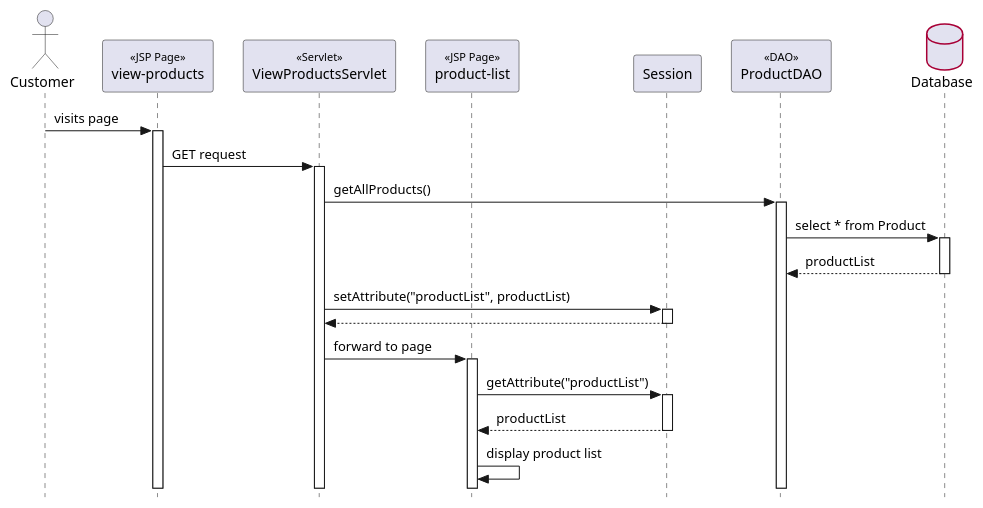
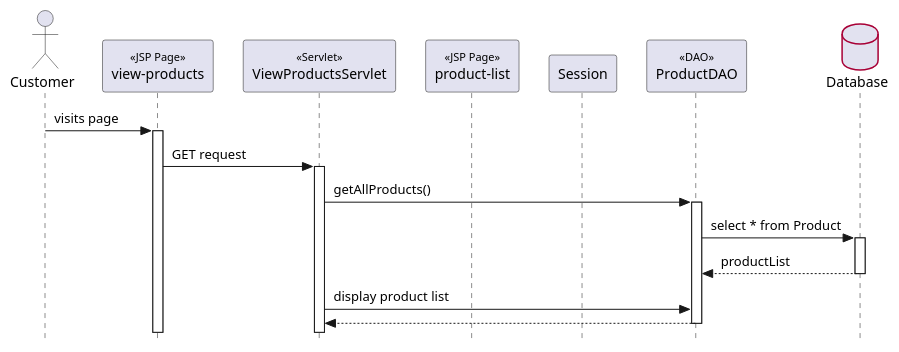
Before and after one commit to yosyu218/Database-Web: the diagram in ViewProduct.puml, drawn with PlantUML. The commit also changed 28 other files, not shown here.

```diff
--- a/ViewProduct.puml
+++ b/ViewProduct.puml
@@ -1,51 +1,52 @@
 @startuml ViewProducts
 
 ' === Style Tweaks ===
 
 skinparam {
   Style StrictUML
   RoundCorner 5
   ParticipantPadding 10
   Padding 2
   SequenceStereotype {
     Font {
       Size 11
       Style plain
     }
   }
   Database {
     BorderColor #A80036
   }
 }
 
 ' === Actors / Participants
 
 actor "Customer" as user
 participant "view-products" as viewPage << JSP Page >>
 participant "ViewProductsServlet" as viewServlet <<Servlet>>
 participant "product-list" as productList << JSP Page >>
 participant "Session" as session
 participant "ProductDAO" as dao << DAO >>
 database "Database" as db
 
 ' === Interactions ===
 
 user -> viewPage++ : visits page
 
 viewPage -> viewServlet++ : GET request
 
 viewServlet -> dao++ : getAllProducts()
 dao -> db++ : select * from Product
 return productList
 
-viewServlet -> session++ : setAttribute("productList", productList)
+' viewServlet -> session++ : setAttribute("productList", productList)
+' return
+
+' viewServlet -> productList++ : forward to page
+
+' productList -> session++ : getAttribute("productList")
+' return productList
+
+viewServlet-> dao : display product list
 return
 
-viewServlet -> productList++ : forward to page
-
-productList -> session++ : getAttribute("productList")
-return productList
-
-productList -> productList : display product list
-
 @enduml
```
